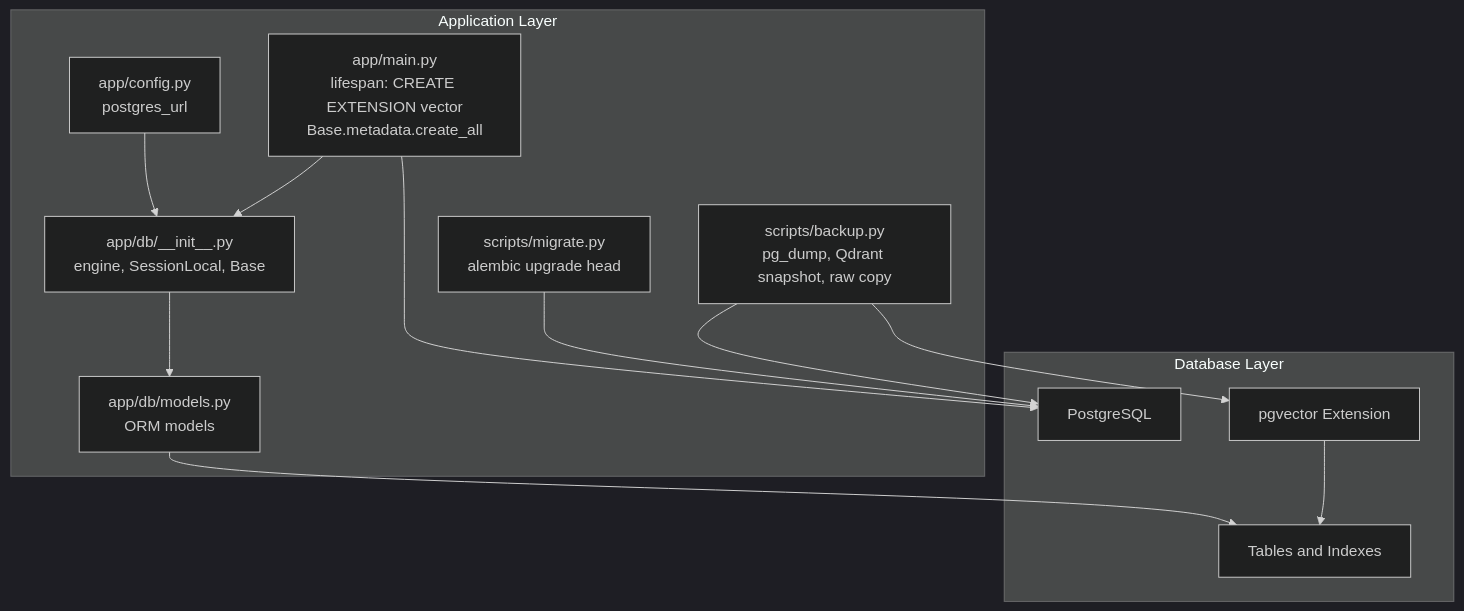
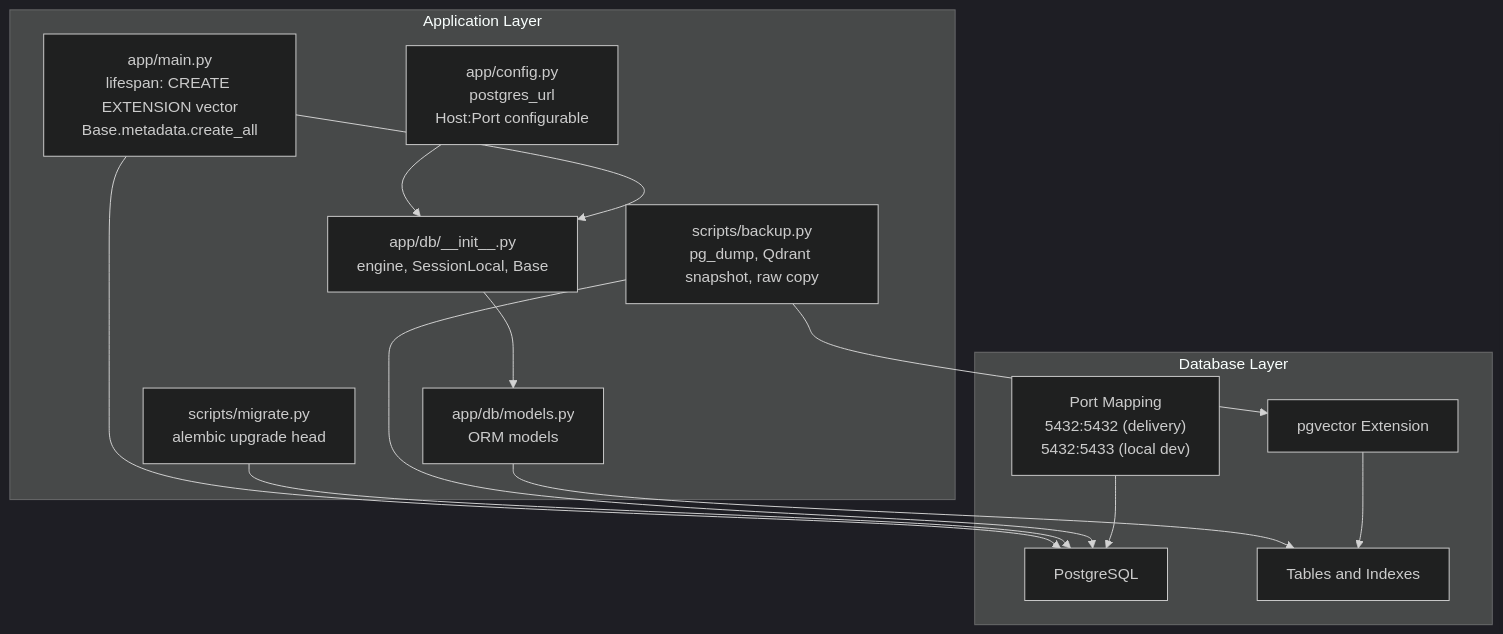
One commit to genes8/private-ai changed the second of 7 diagrams in .qoder/repowiki/en/content/Database Design/Database Design.md. Above: the diagram before and after it, drawn with Mermaid (dark theme). The commit also changed other lines of this file and 19 other files, not shown here.

````diff
--- a/.qoder/repowiki/en/content/Database Design/Database Design.md
+++ b/.qoder/repowiki/en/content/Database Design/Database Design.md
@@ -153,25 +172,27 @@
 ```mermaid
 graph TB
 subgraph "Application Layer"
 Main["app/main.py<br/>lifespan: CREATE EXTENSION vector<br/>Base.metadata.create_all"]
-Config["app/config.py<br/>postgres_url"]
+Config["app/config.py<br/>postgres_url<br/>Host:Port configurable"]
 DBInit["app/db/__init__.py<br/>engine, SessionLocal, Base"]
 Models["app/db/models.py<br/>ORM models"]
 MigrateScript["scripts/migrate.py<br/>alembic upgrade head"]
 BackupScript["scripts/backup.py<br/>pg_dump, Qdrant snapshot, raw copy"]
 end
 subgraph "Database Layer"
 PG["PostgreSQL"]
 VectorExt["pgvector Extension"]
 Schema["Tables and Indexes"]
+DockerPorts["Port Mapping<br/>5432:5432 (delivery)<br/>5432:5433 (local dev)"]
 end
 Config --> DBInit
 DBInit --> Models
 Main --> DBInit
 Main --> PG
 Models --> Schema
 VectorExt --> Schema
 MigrateScript --> PG
 BackupScript --> PG
 BackupScript --> VectorExt
+DockerPorts --> PG
 ```
````
